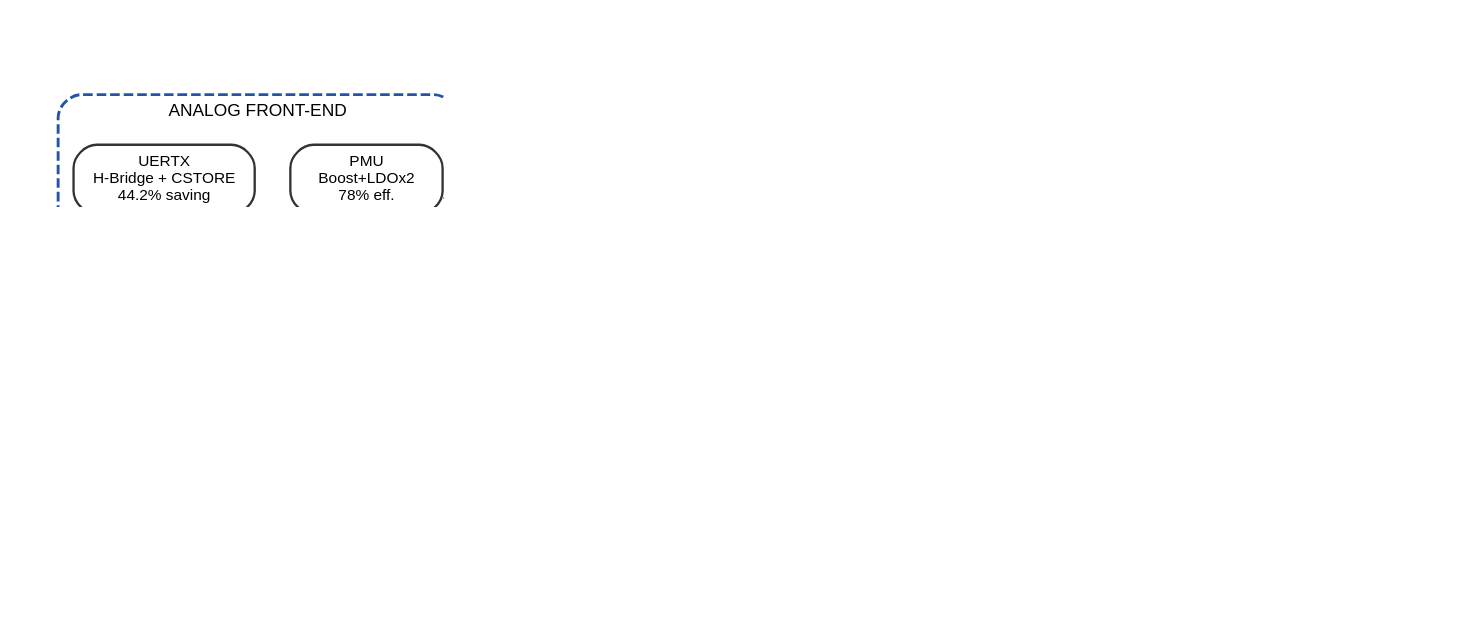
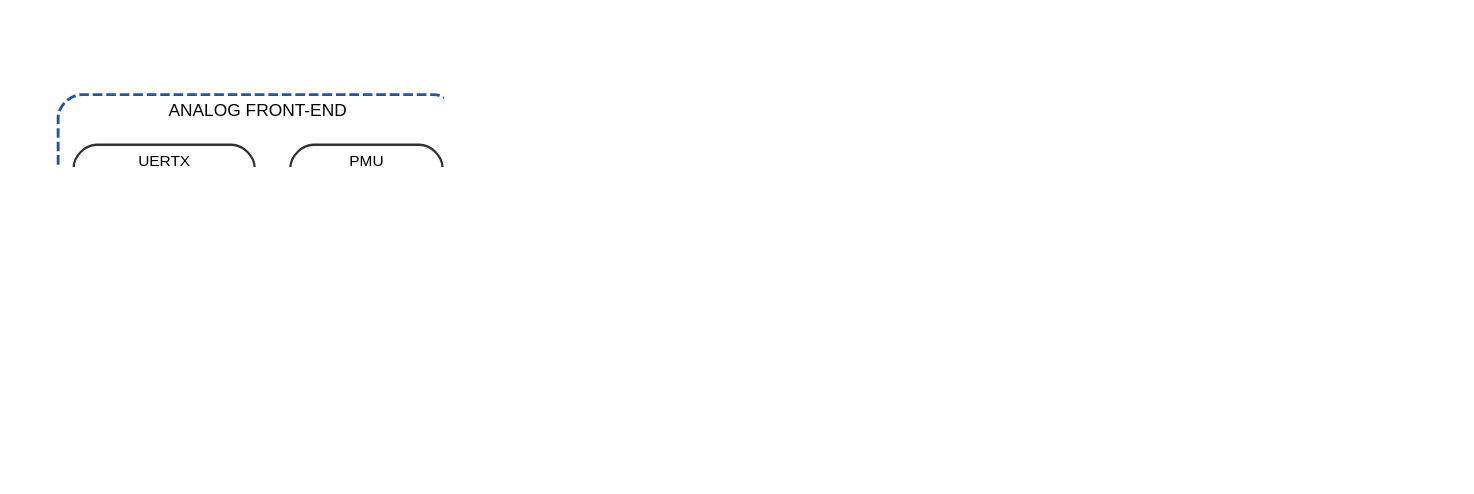
The diagram in figures_graphviz/fig2_isscc.dot (wuhannus/lunahan_ultrasound_ASIC), drawn with Graphviz before and after one commit. The commit also changed 28 other files, not shown here.

First line of the commit message:
Remove BPF/VGA from system architecture: LNA feeds SAR ADC directly

```diff
--- a/figures_graphviz/fig2_isscc.dot
+++ b/figures_graphviz/fig2_isscc.dot
@@ -1,76 +1,74 @@
 
 digraph G {
     dpi=250; fontname="Helvetica"; bgcolor=white; pad=0.3;
     label="Ultrasound ASIC System Architecture (sky130 PDK)";
     labelloc=t; fontsize=10; fontname="Helvetica";
     compound=true;
     
     node [shape=box, style="rounded,filled", fontname="Helvetica", fontsize=8, penwidth=1.2, margin="0.06,0.04"];
     edge [fontname="Helvetica", fontsize=7, penwidth=1.5, arrowsize=0.7];
     
     subgraph cluster_afe {
         label="ANALOG FRONT-END"; fontsize=9; fontname="Helvetica";
         style="rounded,dashed"; color="#2255aa"; penwidth=1.5;
         node [fillcolor=white, color="#333333"];
         
         lna [label="LNA
-30dB, 2.4dB NF", width=1.1];
-        vga [label="VGA
-0-46dB", width=1.0];
+40dB, 2.5dB NF", width=1.1];
         adc [label="SAR ADC
 10b, 1.2MS/s
 9.6 ENOB", width=1.1];
         uertx [label="UERTX
 H-Bridge + CSTORE
 44.2% saving", width=1.3];
         pmu [label="PMU
 Boost+LDOx2
 78% eff.", width=1.1];
         
-        lna -> vga -> adc [color="#2255aa"];
+        lna -> adc [color="#2255aa"];
     }
     
     subgraph cluster_digital {
         label="DIGITAL CONTROLLER"; fontsize=9; fontname="Helvetica";
         style="rounded,dashed"; color="#2255aa"; penwidth=1.5;
         node [fillcolor=white, color="#333333"];
         
         core [label="RISC-V RV32IMC
 48MHz, 18.2mW", width=1.3];
         tx_ctrl [label="TX Ctrl", width=0.9];
         rx_ctrl [label="RX Ctrl", width=0.9];
         pmu_ctrl [label="PMU Ctrl", width=0.9];
         pv_rxbf [label="PV-RXBF
 64ch, 24fps", width=1.1];
         
         core -> {tx_ctrl, rx_ctrl, pmu_ctrl, pv_rxbf} [color="#2255aa"];
     }
     
     subgraph cluster_clock {
         label="CLOCK"; fontsize=9; fontname="Helvetica";
         style="rounded,dashed"; color="#2255aa"; penwidth=1.5;
         node [fillcolor=white, color="#333333"];
         pll [label="PLL
 16MHz->50MHz
 28.4us lock", width=1.2];
     }
     
     // Cross-cluster connections
     uertx -> lna [style=invis];
     adc -> rx_ctrl [lhead=cluster_digital, color="#2255aa", penwidth=2];
     adc -> pv_rxbf [lhead=cluster_digital, color="#2255aa", penwidth=2, style=dashed];
-    pmu -> {lna, vga, adc, core} [color="#888888", style=dashed, penwidth=1];
+    pmu -> {lna, adc, core} [color="#888888", style=dashed, penwidth=1];
     tx_ctrl -> uertx [color="#2255aa"];
     pmu_ctrl -> pmu [color="#2255aa"];
     pll -> core [color="#2255aa"];
     
     // Legend
     { rank=sink;
       lg [shape=plaintext, label=<
         <table border="0" cellborder="0" cellspacing="0" cellpadding="2">
         <tr><td><font color="#2255aa" point-size="7"><b>Blue:</b></font></td><td><font point-size="7">Signal/data path</font></td>
         <td><font color="#888888" point-size="7"><b>Gray:</b></font></td><td><font point-size="7">Power supply</font></td></tr>
         </table>
       >];
     }
 }
```
